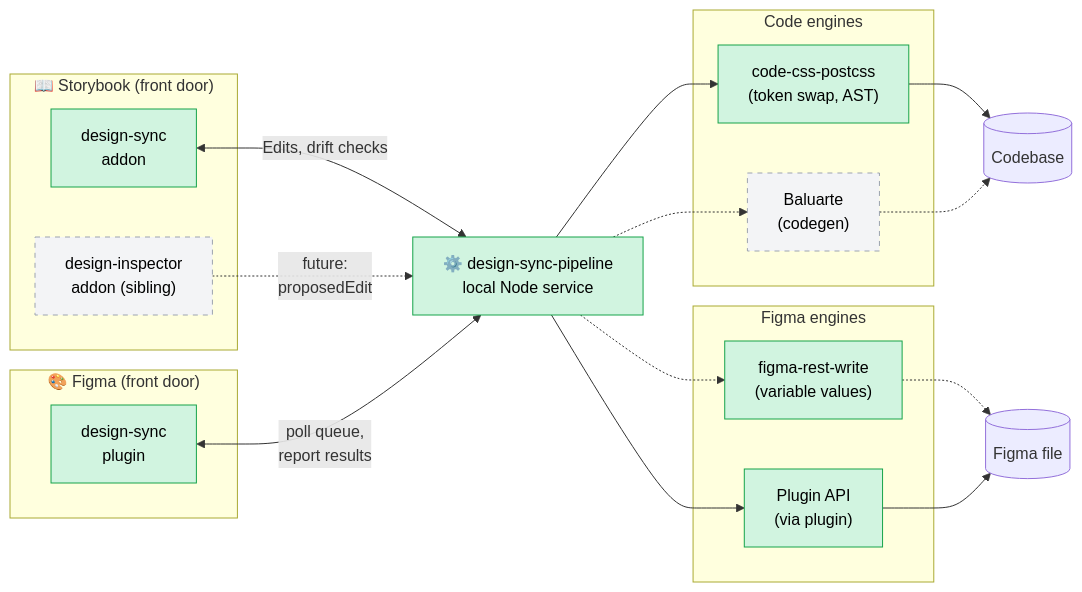
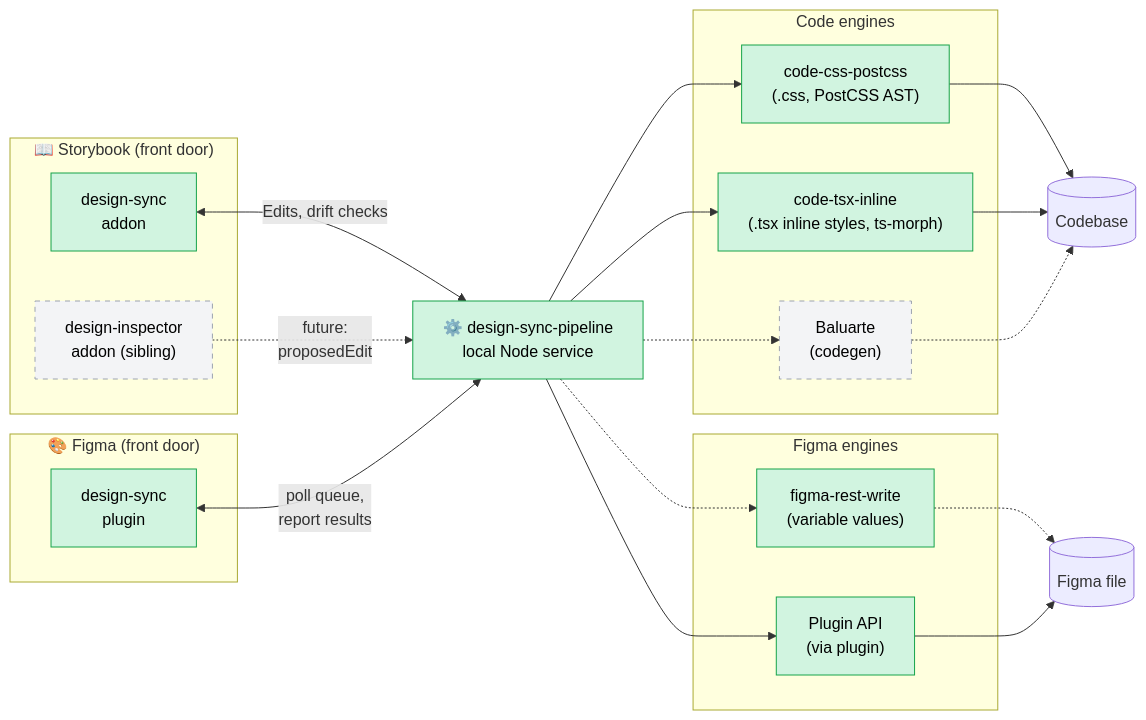
Before and after one commit to mylesmetalab/design-sync-pipeline: the diagram in ARCHITECTURE.md, drawn with Mermaid. The commit also changed other lines of this file and 5 other files, not shown here.

````diff
--- a/ARCHITECTURE.md
+++ b/ARCHITECTURE.md
@@ -9,42 +9,44 @@
 ```mermaid
 flowchart LR
   subgraph storybook ["📖 Storybook (front door)"]
     addon["design-sync<br/>addon"]
     inspector["design-inspector<br/>addon (sibling)"]
   end
 
   subgraph figma ["🎨 Figma (front door)"]
     plugin["design-sync<br/>plugin"]
   end
 
   pipeline["⚙️ design-sync-pipeline<br/>local Node service"]
 
   subgraph codeengines ["Code engines"]
-    cssEng["code-css-postcss<br/>(token swap, AST)"]
+    cssEng["code-css-postcss<br/>(.css, PostCSS AST)"]
+    tsxEng["code-tsx-inline<br/>(.tsx inline styles, ts-morph)"]
     bal["Baluarte<br/>(codegen)"]
   end
 
   subgraph figmaengines ["Figma engines"]
     pluginEng["Plugin API<br/>(via plugin)"]
     restEng["figma-rest-write<br/>(variable values)"]
   end
 
   codebase[("Codebase")]
   fileDesign[("Figma file")]
 
   addon <-->|"Edits, drift checks"| pipeline
   inspector -.->|"future:<br/>proposedEdit"| pipeline
   plugin <-->|"poll queue,<br/>report results"| pipeline
 
   pipeline --> cssEng --> codebase
+  pipeline --> tsxEng --> codebase
   pipeline -.-> bal -.-> codebase
   pipeline -.-> restEng -.-> fileDesign
   pipeline --> pluginEng
   pluginEng --> fileDesign
 
   classDef built fill:#d1f4e0,stroke:#16a34a,color:#000;
   classDef future fill:#f3f4f6,stroke:#9ca3af,stroke-dasharray:5 5,color:#000;
 
-  class addon,plugin,pipeline,cssEng,pluginEng,restEng built
+  class addon,plugin,pipeline,cssEng,tsxEng,pluginEng,restEng built
   class bal,inspector future
 ```
````
